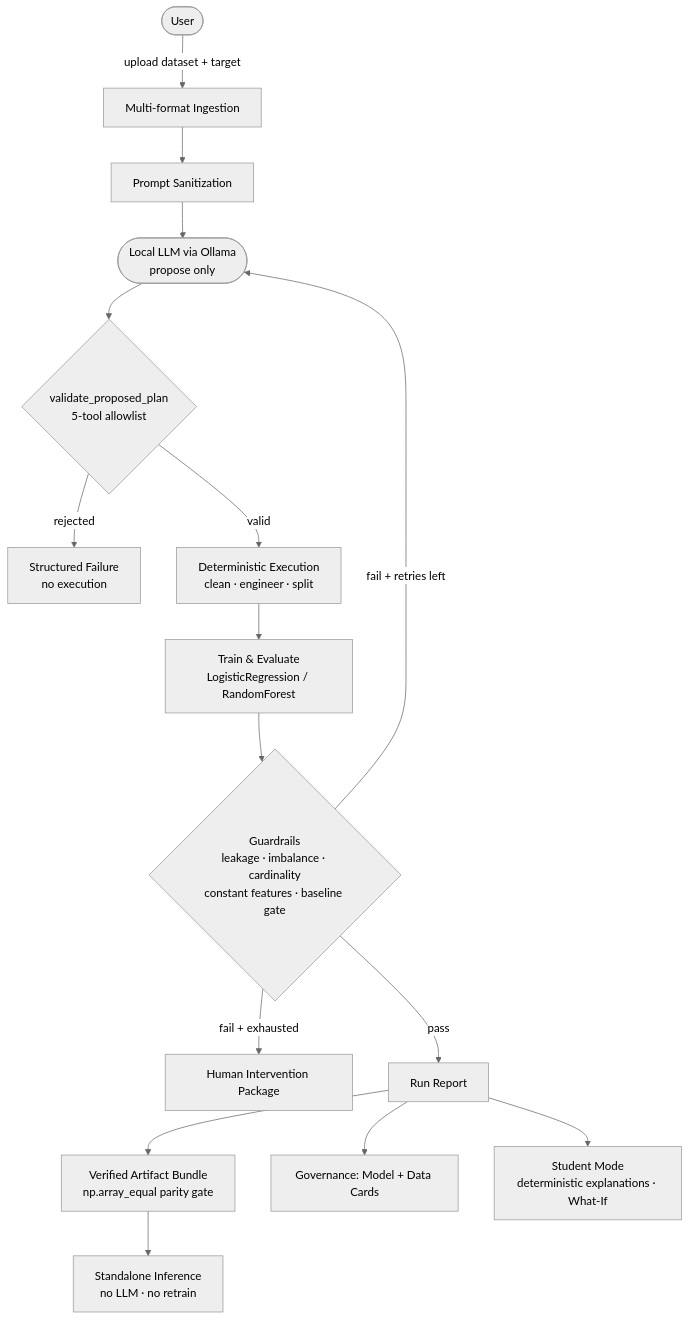
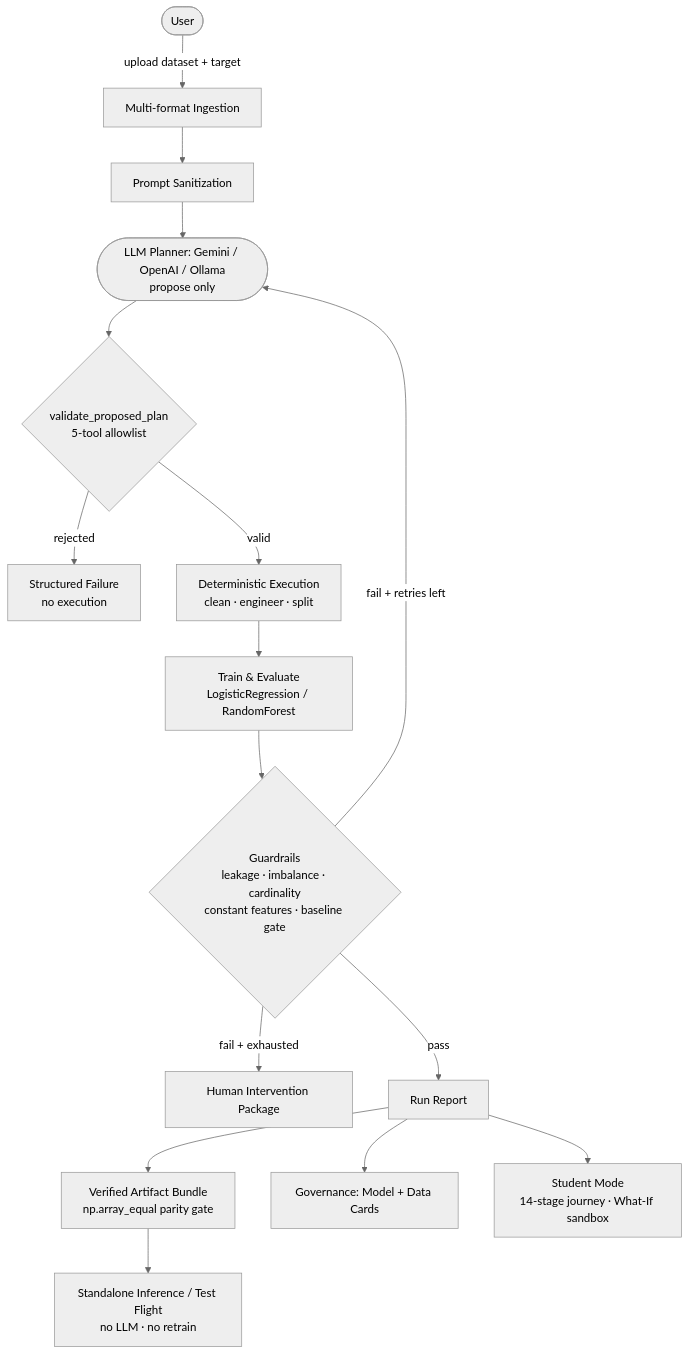
Before and after one commit to ZavedDavdani/PIPER-The-Deterministic-ML-Compiler: the diagram in README.md, drawn with Mermaid (neutral theme). The commit also changed other lines of this file and 18 other files, not shown here.

Commit message:
fix: complete artifact and what-if demo flow

````diff
--- a/README.md
+++ b/README.md
@@ -13,18 +11,18 @@
 ```mermaid
 flowchart TD
     User([User]) -->|upload dataset + target| Ingest[Multi-format Ingestion]
     Ingest --> Sanitize[Prompt Sanitization]
-    Sanitize --> LLM([Local LLM via Ollama\npropose only])
+    Sanitize --> LLM([LLM Planner: Gemini / OpenAI / Ollama\npropose only])
     LLM --> Validate{validate_proposed_plan\n5-tool allowlist}
     Validate -->|rejected| Fail1[Structured Failure\nno execution]
     Validate -->|valid| Execute[Deterministic Execution\nclean · engineer · split]
     Execute --> ML[Train & Evaluate\nLogisticRegression / RandomForest]
     ML --> Guards{Guardrails\nleakage · imbalance · cardinality\nconstant features · baseline gate}
     Guards -->|fail + retries left| LLM
     Guards -->|fail + exhausted| HI[Human Intervention Package]
     Guards -->|pass| Report[Run Report]
     Report --> Artifact[Verified Artifact Bundle\nnp.array_equal parity gate]
-    Artifact --> Inference[Standalone Inference\nno LLM · no retrain]
+    Artifact --> Inference[Standalone Inference / Test Flight\nno LLM · no retrain]
     Report --> Governance[Governance: Model + Data Cards]
-    Report --> StudentMode[Student Mode\ndeterministic explanations · What-If]
+    Report --> StudentMode[Student Mode\n14-stage journey · What-If sandbox]
 ```
````
